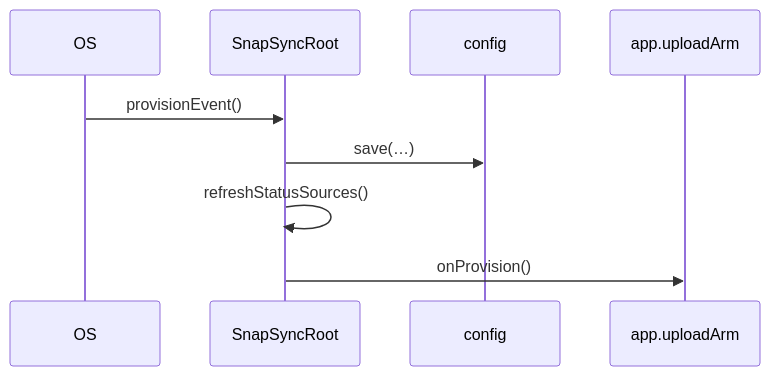
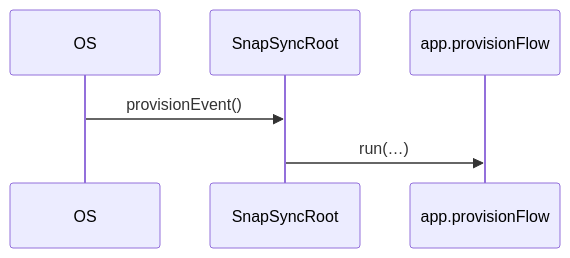
Before and after one commit to stefanhoelzl/SnapSync: the diagram in architecture/flows/provisionEvent.md, drawn with Mermaid. The commit also changed other lines of this file and 31 other files, not shown here.

````diff
--- a/architecture/flows/provisionEvent.md
+++ b/architecture/flows/provisionEvent.md
@@ -12,11 +12,8 @@
 ```mermaid
 sequenceDiagram
   participant OS
   participant SnapSyncRoot
-  participant config
-  participant app_uploadArm as app.uploadArm
+  participant app_provisionFlow as app.provisionFlow
   OS->>SnapSyncRoot: provisionEvent()
-  SnapSyncRoot->>config: save(…)
-  SnapSyncRoot->>SnapSyncRoot: refreshStatusSources()
-  SnapSyncRoot->>app_uploadArm: onProvision()
+  SnapSyncRoot->>app_provisionFlow: run(…)
 ```
````
